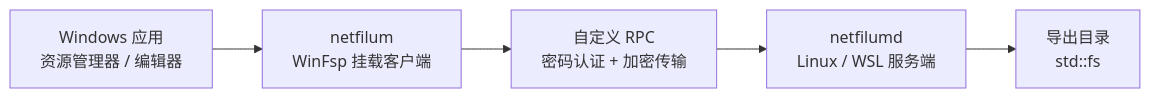
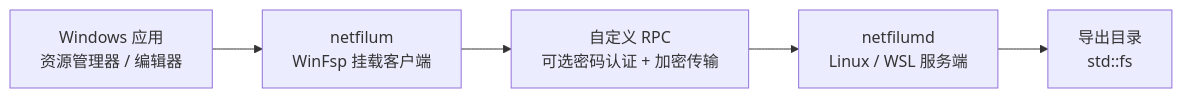
One commit to zetaloop/netfilum changed the diagram in README.md. Above: the diagram before and after it, drawn with Mermaid. The commit also changed other lines of this file and 3 other files, not shown here.

````diff
--- a/README.md
+++ b/README.md
@@ -14,7 +14,7 @@
 ```mermaid
 flowchart LR
     A["Windows 应用<br/>资源管理器 / 编辑器"] --> B["netfilum<br/>WinFsp 挂载客户端"]
-    B --> C["自定义 RPC<br/>密码认证 + 加密传输"]
+    B --> C["自定义 RPC<br/>可选密码认证 + 加密传输"]
     C --> D["netfilumd<br/>Linux / WSL 服务端"]
     D --> E["导出目录<br/>std::fs"]
 ```
````
